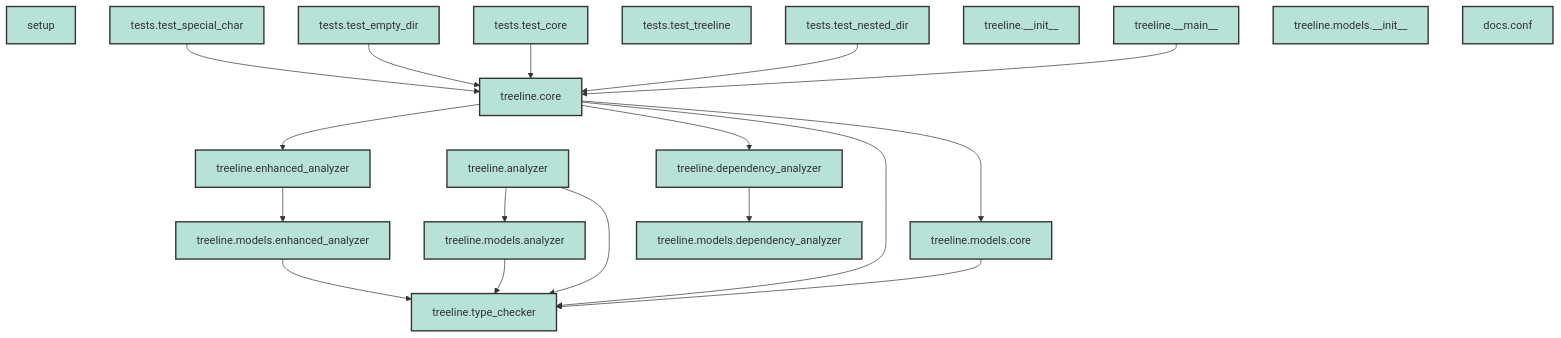
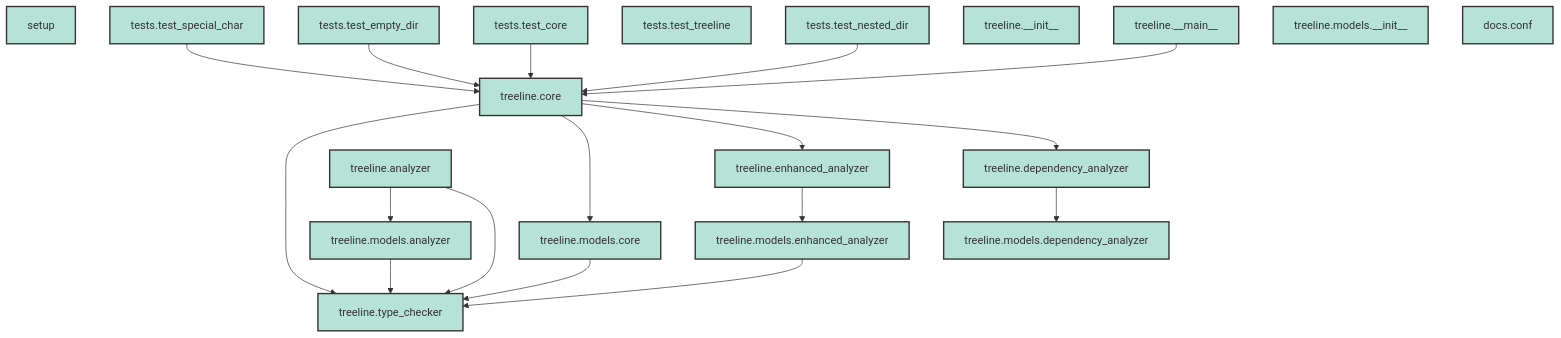
Before and after one commit to duriantaco/treeline: the first of 13 diagrams in results/code_analysis.md, drawn with Mermaid. The commit also changed other lines of this file and 3 other files, not shown here.

````diff
--- a/results/code_analysis.md
+++ b/results/code_analysis.md
@@ -15,43 +15,43 @@
 ```mermaid
 graph TD
 
     %% Styling
     classDef modNode fill:#b7e2d8,stroke:#333,stroke-width:2px
 
     setup["setup"]:::modNode
     tests_test_special_char["tests.test_special_char"]:::modNode
     tests_test_empty_dir["tests.test_empty_dir"]:::modNode
     tests_test_core["tests.test_core"]:::modNode
     tests_test_treeline["tests.test_treeline"]:::modNode
     tests_test_nested_dir["tests.test_nested_dir"]:::modNode
     treeline_type_checker["treeline.type_checker"]:::modNode
     treeline_dependency_analyzer["treeline.dependency_analyzer"]:::modNode
     treeline_analyzer["treeline.analyzer"]:::modNode
     treeline___init__["treeline.__init__"]:::modNode
     treeline_enhanced_analyzer["treeline.enhanced_analyzer"]:::modNode
     treeline_core["treeline.core"]:::modNode
     treeline___main__["treeline.__main__"]:::modNode
     treeline_models_dependency_analyzer["treeline.models.dependency_analyzer"]:::modNode
     treeline_models_analyzer["treeline.models.analyzer"]:::modNode
     treeline_models___init__["treeline.models.__init__"]:::modNode
     treeline_models_enhanced_analyzer["treeline.models.enhanced_analyzer"]:::modNode
     treeline_models_core["treeline.models.core"]:::modNode
     docs_conf["docs.conf"]:::modNode
 
     tests_test_special_char --> treeline_core
     tests_test_empty_dir --> treeline_core
     tests_test_core --> treeline_core
     tests_test_nested_dir --> treeline_core
     treeline_dependency_analyzer --> treeline_models_dependency_analyzer
     treeline_analyzer --> treeline_models_analyzer
     treeline_analyzer --> treeline_type_checker
     treeline_enhanced_analyzer --> treeline_models_enhanced_analyzer
+    treeline_core --> treeline_type_checker
+    treeline_core --> treeline_models_core
     treeline_core --> treeline_enhanced_analyzer
     treeline_core --> treeline_dependency_analyzer
-    treeline_core --> treeline_type_checker
-    treeline_core --> treeline_models_core
     treeline___main__ --> treeline_core
     treeline_models_analyzer --> treeline_type_checker
     treeline_models_enhanced_analyzer --> treeline_type_checker
     treeline_models_core --> treeline_type_checker
 ```
````
